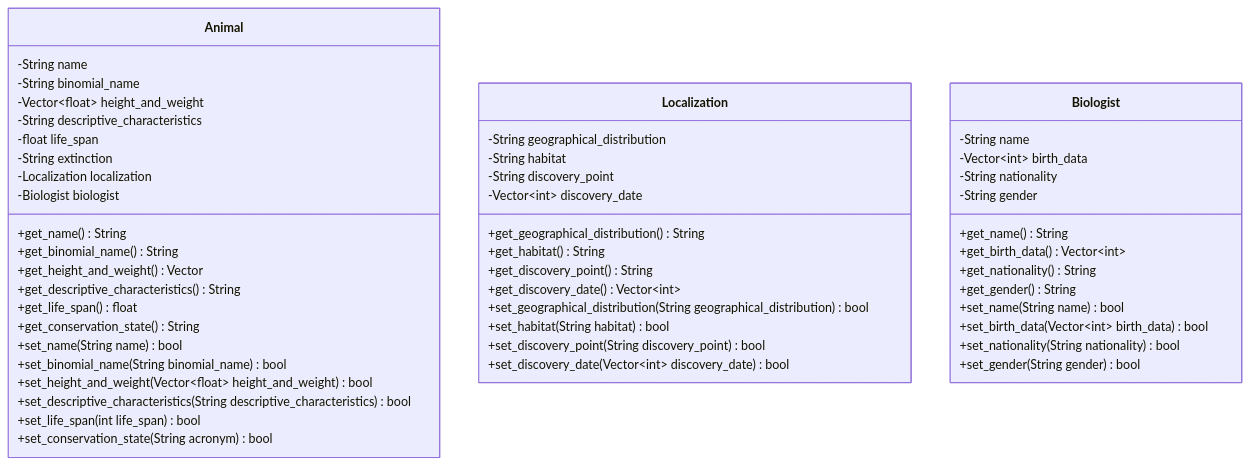
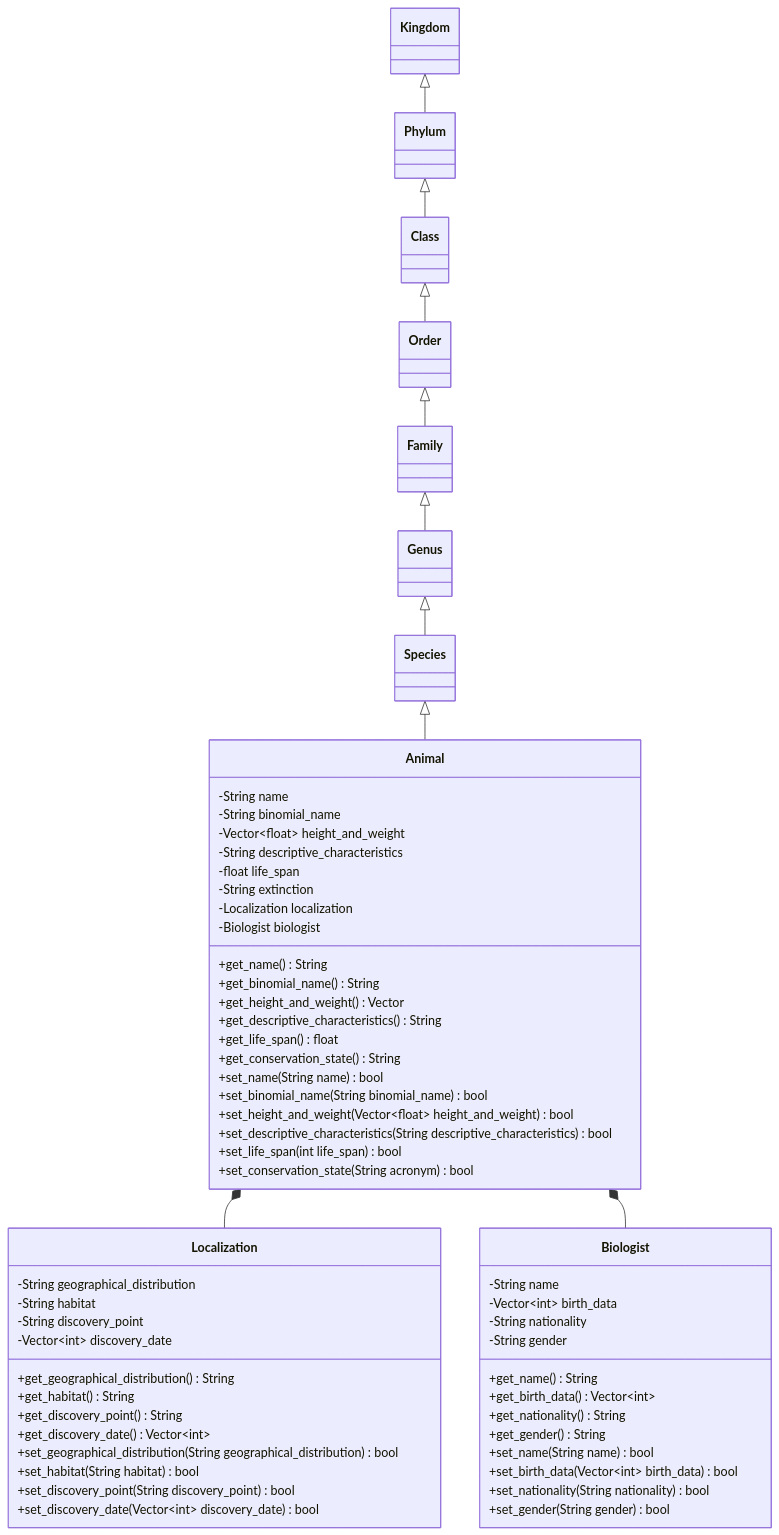
One commit to lukaian-k/assignment_POO changed the diagram in README.md. Above: the diagram before and after it, drawn with Mermaid.

Commit message:
Add o inicio dos objetos da classificacao cientifica e fazendo as principais ligacoes no UML

````diff
--- a/README.md
+++ b/README.md
@@ -1,58 +1,68 @@
 ```mermaid
 classDiagram
+	Kingdom <|-- Phylum
+	Phylum <|-- Class
+	Class <|-- Order
+	Order <|-- Family
+	Family <|-- Genus
+	Genus <|-- Species
+	Species <|-- Animal
+	Animal *-- Localization
+	Animal *-- Biologist
+
 	class Animal {
 		-String name
 		-String binomial_name
 		-Vector~float~ height_and_weight
 		-String descriptive_characteristics
 		-float life_span
 		-String extinction
 		-Localization localization
 		-Biologist biologist
 		
 		+get_name() String
 		+get_binomial_name() String
 		+get_height_and_weight() Vector
 		+get_descriptive_characteristics() String
 		+get_life_span() float
 		+get_conservation_state() String
 		+set_name(String name) bool
 		+set_binomial_name(String binomial_name) bool
 		+set_height_and_weight(Vector~float~ height_and_weight) bool
 		+set_descriptive_characteristics(String descriptive_characteristics) bool
 		+set_life_span(int life_span) bool
 		+set_conservation_state(String acronym) bool
 		}
 		
 	class Localization {
 		-String geographical_distribution
 		-String habitat
 		-String discovery_point
 		-Vector~int~ discovery_date
 		
 		+get_geographical_distribution() String
 		+get_habitat() String
 		+get_discovery_point() String
 		+get_discovery_date() Vector~int~
 		+set_geographical_distribution(String geographical_distribution) bool
 		+set_habitat(String habitat) bool
 		+set_discovery_point(String discovery_point) bool
 		+set_discovery_date(Vector~int~ discovery_date) bool
 		}
 
 	class Biologist {
 		-String name
 		-Vector~int~ birth_data
 		-String nationality
 		-String gender
 		
 		+get_name() String
 		+get_birth_data() Vector~int~
 		+get_nationality() String
 		+get_gender() String
 		+set_name(String name) bool
 		+set_birth_data(Vector~int~ birth_data) bool
 		+set_nationality(String nationality) bool
 		+set_gender(String gender) bool
 	}
 ```
````
